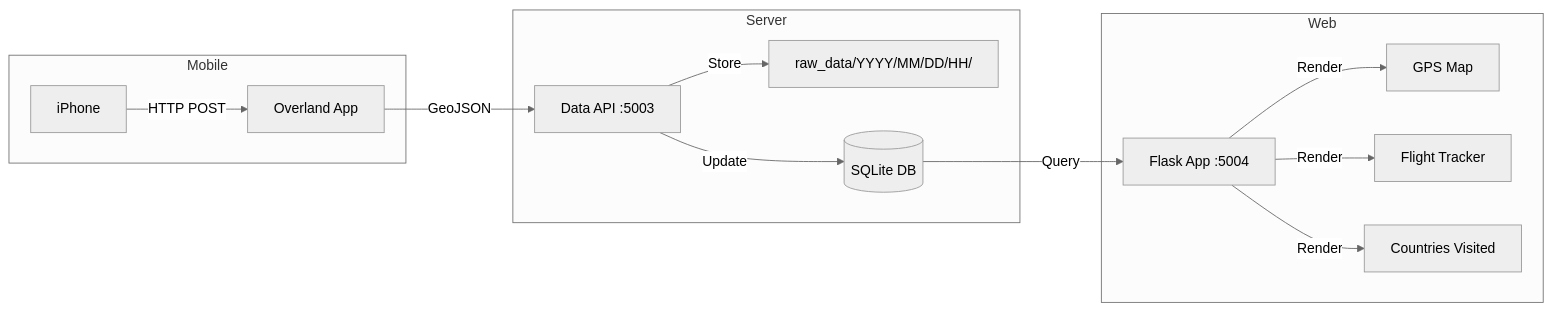
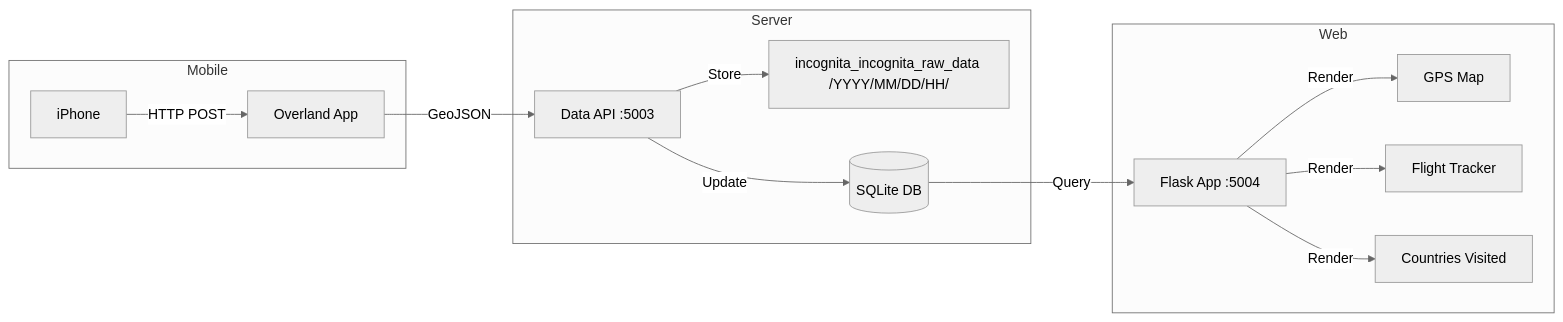
The diagram in README.md (momonala/incognita), drawn with Mermaid (neutral theme) before and after one commit. The commit also changed other lines of this file and 12 other files, not shown here.

````diff
--- a/README.md
+++ b/README.md
@@ -14,17 +14,17 @@
 ```mermaid
 flowchart LR
     subgraph Mobile
         iPhone[iPhone] -->|HTTP POST| Overland[Overland App]
     end
     subgraph Server
         Overland -->|GeoJSON| DataAPI[Data API :5003]
-        DataAPI -->|Store| Files[raw_data/YYYY/MM/DD/HH/]
+        DataAPI -->|Store| Files[incognita_incognita_raw_data /YYYY/MM/DD/HH/]
         DataAPI -->|Update| DB[(SQLite DB)]
     end
     subgraph Web
         DB -->|Query| WebApp[Flask App :5004]
         WebApp -->|Render| GPS[GPS Map]
         WebApp -->|Render| Flights[Flight Tracker]
         WebApp -->|Render| Passport[Countries Visited]
     end
 ```
````
